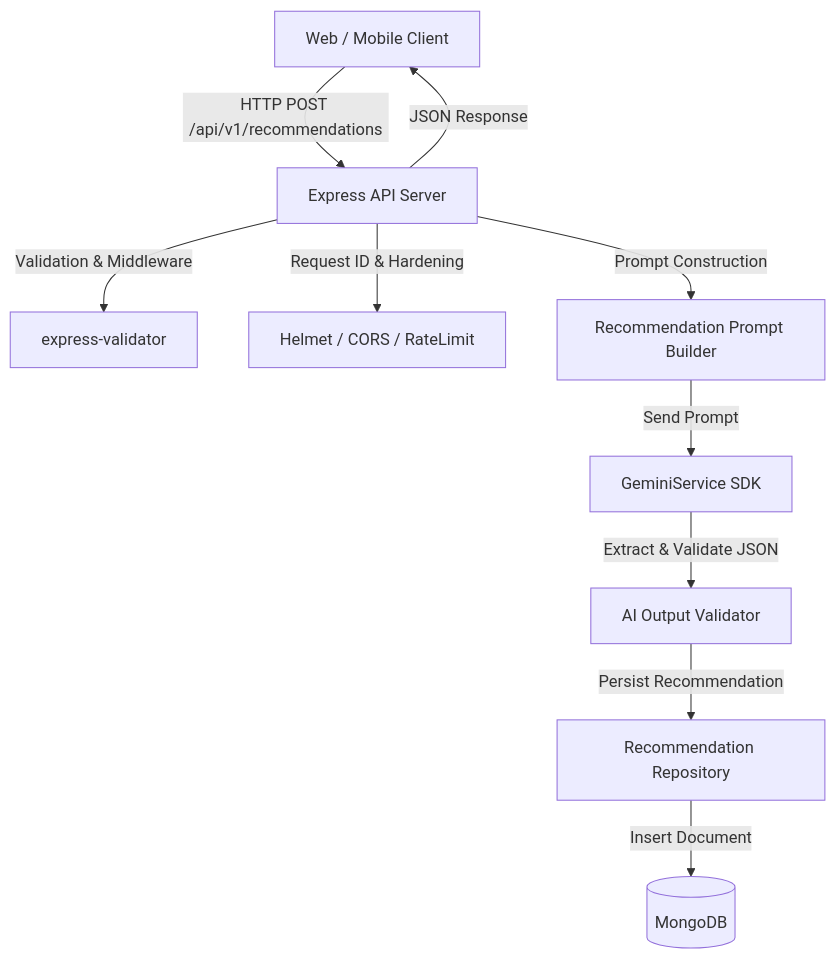
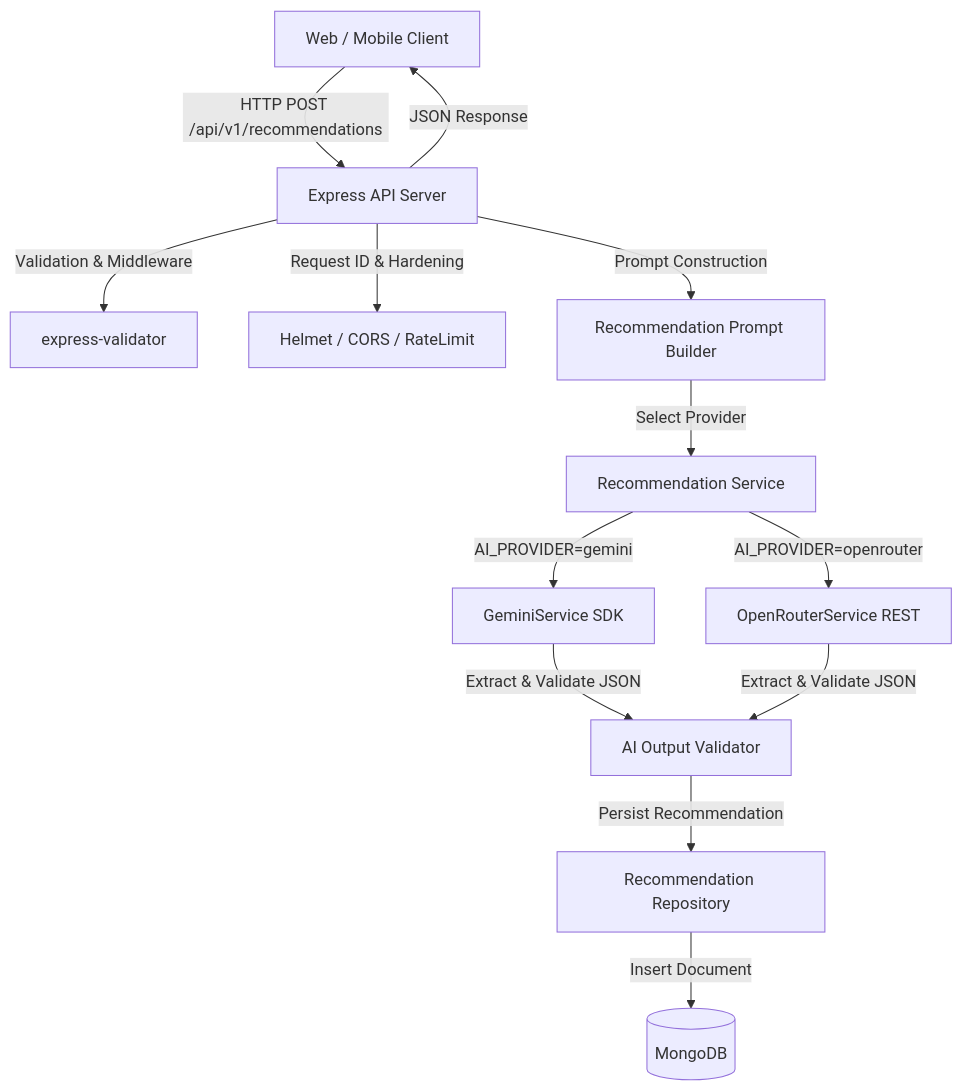
The diagram in backend/README.md (mayank30-09/IBMCareerRecommendation), drawn with Mermaid before and after one commit. The commit also changed other lines of this file and 13 other files, not shown here.

Commit message:
Release v1.0.0 - OpenRouter migration and multi-provider AI architecture

````diff
--- a/backend/README.md
+++ b/backend/README.md
@@ -13,12 +13,15 @@
 ```mermaid
 graph TD
     Client[Web / Mobile Client] -->|HTTP POST /api/v1/recommendations| API[Express API Server]
     API -->|Validation & Middleware| Val[express-validator]
     API -->|Request ID & Hardening| Sec[Helmet / CORS / RateLimit]
     API -->|Prompt Construction| Prompt[Recommendation Prompt Builder]
-    Prompt -->|Send Prompt| Gemini[GeminiService SDK]
+    Prompt -->|Select Provider| Service[Recommendation Service]
+    Service -->|AI_PROVIDER=gemini| Gemini[GeminiService SDK]
+    Service -->|AI_PROVIDER=openrouter| OpenRouter[OpenRouterService REST]
     Gemini -->|Extract & Validate JSON| Validator[AI Output Validator]
+    OpenRouter -->|Extract & Validate JSON| Validator
     Validator -->|Persist Recommendation| Repo[Recommendation Repository]
     Repo -->|Insert Document| DB[(MongoDB)]
     API -->|JSON Response| Client
 ```
````
